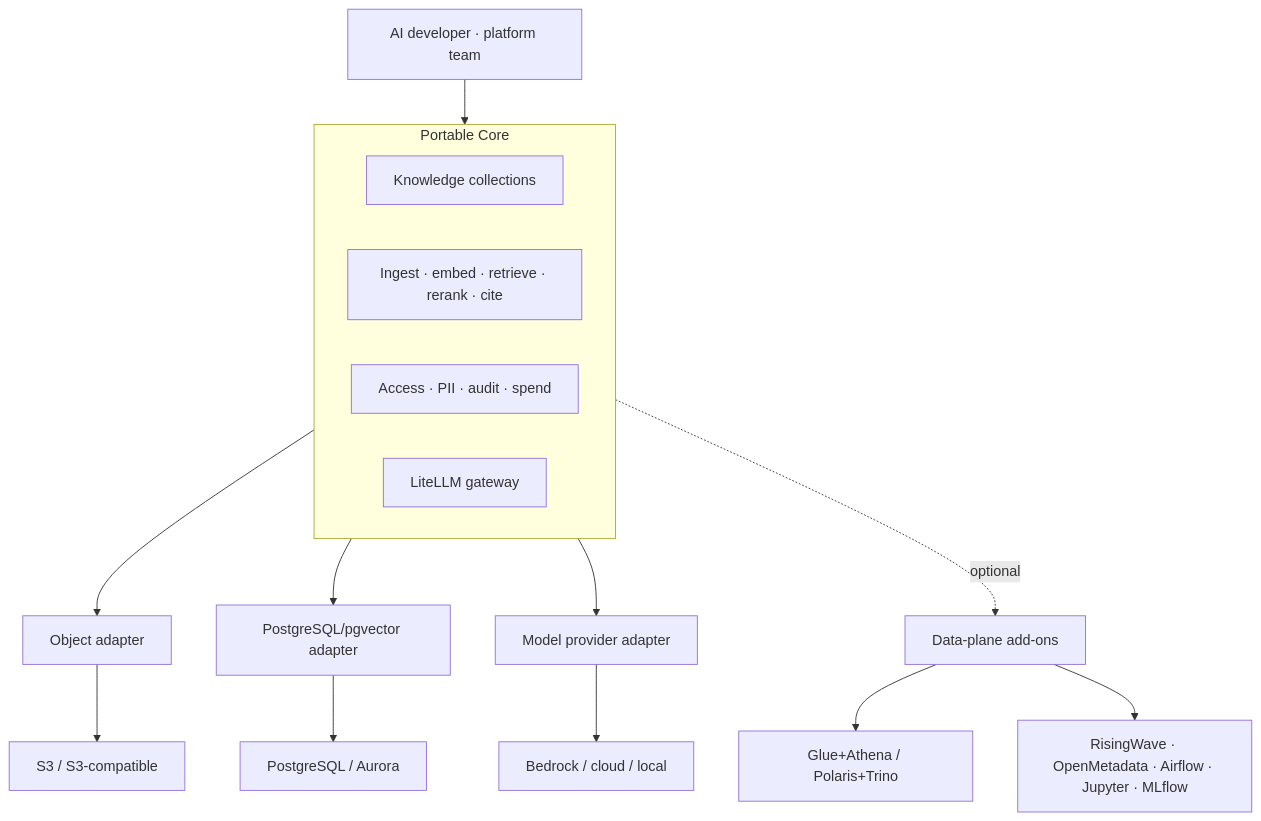
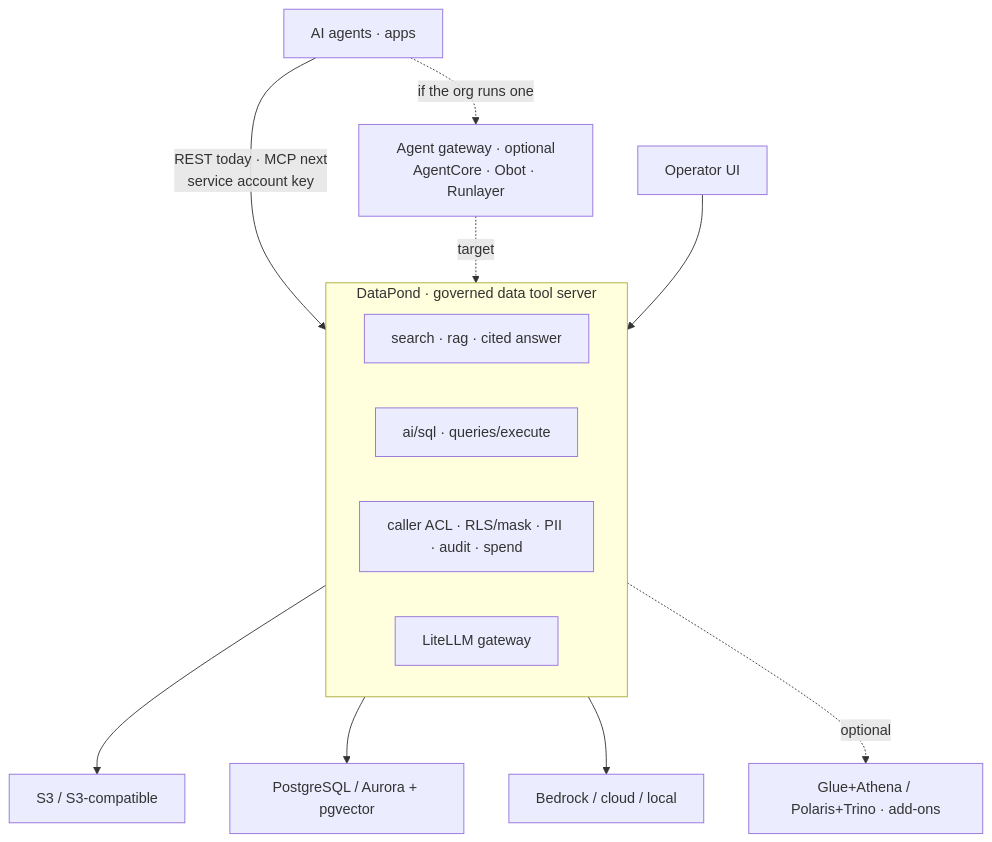
Before and after one commit to lukesgood/datapond: the diagram in docs/PRODUCT_CONCEPT.md, drawn with Mermaid. The commit also changed other lines of this file and 10 other files, not shown here.

First line of the commit message:
docs: positioning v6.0 — governed data tool server, fit audit, and gap-closure plans

````diff
--- a/docs/PRODUCT_CONCEPT.md
+++ b/docs/PRODUCT_CONCEPT.md
@@ -77,22 +129,19 @@
 ```mermaid
 flowchart TB
-    USER[AI developer · platform team] --> CORE
+    AGENT[AI agents · apps] -- REST today · MCP next<br/>service account key --> TOOLS
+    AGENT -. if the org runs one .-> GW[Agent gateway · optional<br/>AgentCore · Obot · Runlayer]
+    GW -. target .-> TOOLS
 
-    subgraph CORE[Portable Core]
-      KNOW[Knowledge collections]
-      RAG[Ingest · embed · retrieve · rerank · cite]
-      GOV[Access · PII · audit · spend]
+    subgraph TOOLS[DataPond · governed data tool server]
+      RAG[search · rag · cited answer]
+      SQL[ai/sql · queries/execute]
+      GOV[caller ACL · RLS/mask · PII · audit · spend]
       GATE[LiteLLM gateway]
     end
 
-    CORE --> STORE[Object adapter]
-    CORE --> VECTOR[PostgreSQL/pgvector adapter]
-    CORE --> MODEL[Model provider adapter]
-    CORE -. optional .-> PLANE[Data-plane add-ons]
-
-    STORE --> S3[S3 / S3-compatible]
-    VECTOR --> PG[PostgreSQL / Aurora]
-    MODEL --> BR[Bedrock / cloud / local]
-    PLANE --> CAT[Glue+Athena / Polaris+Trino]
-    PLANE --> EXT[RisingWave · OpenMetadata · Airflow · Jupyter · MLflow]
+    OPS[Operator UI] --> TOOLS
+    TOOLS --> STORE[S3 / S3-compatible]
+    TOOLS --> VECTOR[PostgreSQL / Aurora + pgvector]
+    TOOLS --> MODEL[Bedrock / cloud / local]
+    TOOLS -. optional .-> PLANE[Glue+Athena / Polaris+Trino · add-ons]
 ```
````
